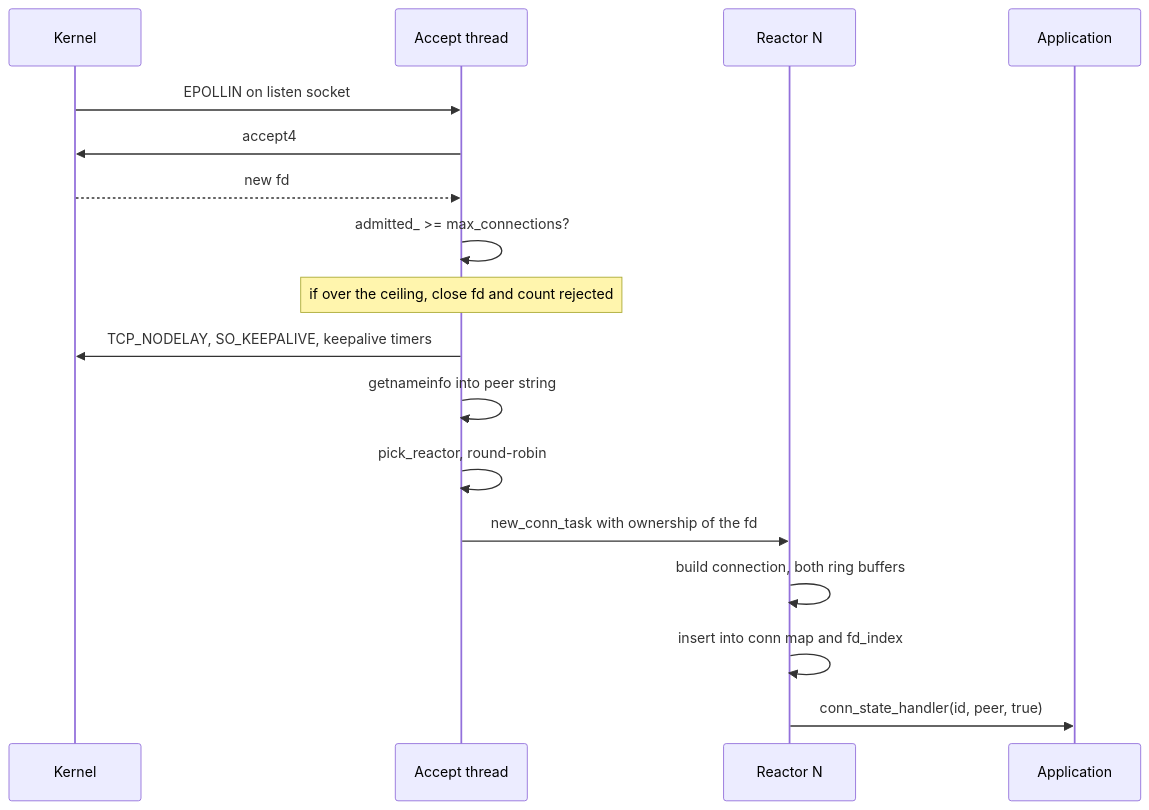
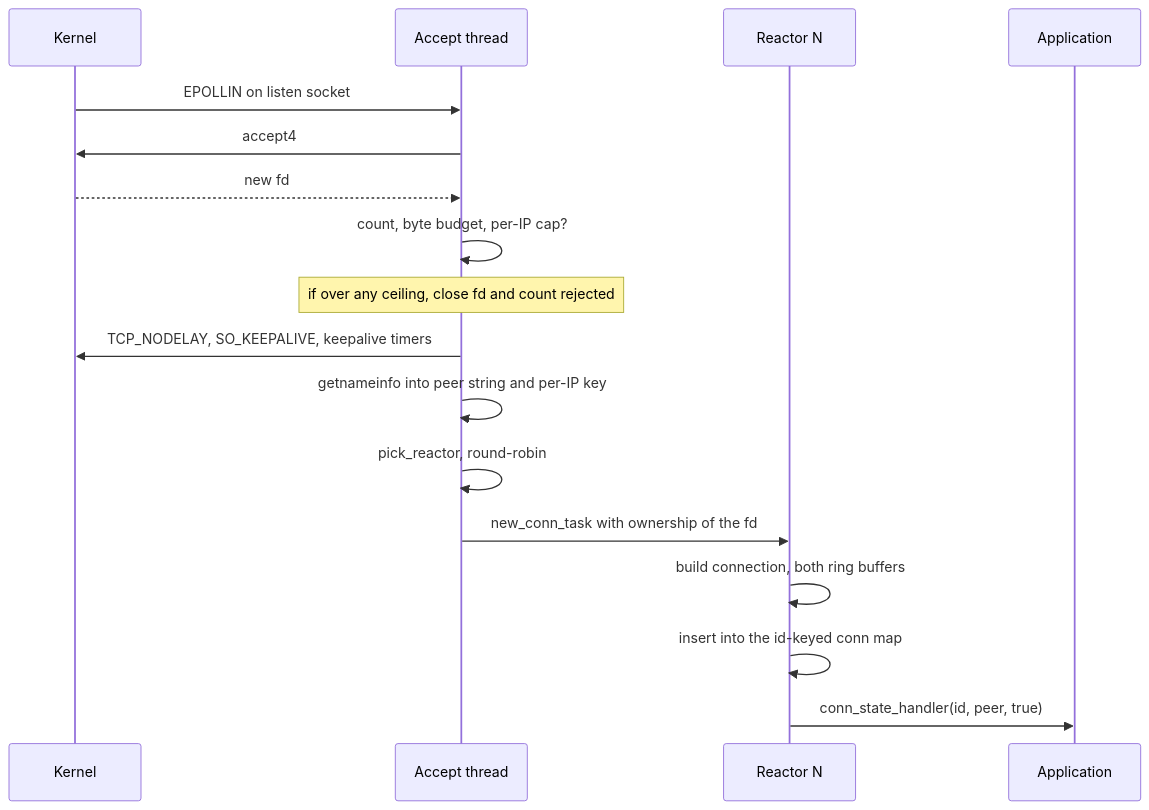
One commit to king-lotus/tcp-server changed the second of 8 diagrams in docs/smart-docs/03-workflow-overview.md. Above: the diagram before and after it, drawn with Mermaid. The commit also changed other lines of this file and 17 other files, not shown here.

````diff
--- a/docs/smart-docs/03-workflow-overview.md
+++ b/docs/smart-docs/03-workflow-overview.md
@@ -30,20 +30,20 @@
 ```mermaid
 sequenceDiagram
     participant K as Kernel
     participant A as Accept thread
     participant R as Reactor N
     participant App as Application
 
     K->>A: EPOLLIN on listen socket
     A->>K: accept4
     K-->>A: new fd
-    A->>A: admitted_ >= max_connections?
-    Note over A: if over the ceiling, close fd and count rejected
+    A->>A: count, byte budget, per-IP cap?
+    Note over A: if over any ceiling, close fd and count rejected
     A->>K: TCP_NODELAY, SO_KEEPALIVE, keepalive timers
-    A->>A: getnameinfo into peer string
+    A->>A: getnameinfo into peer string and per-IP key
     A->>A: pick_reactor, round-robin
     A->>R: new_conn_task with ownership of the fd
     R->>R: build connection, both ring buffers
-    R->>R: insert into conn map and fd_index
+    R->>R: insert into the id-keyed conn map
     R->>App: conn_state_handler(id, peer, true)
 ```
````
